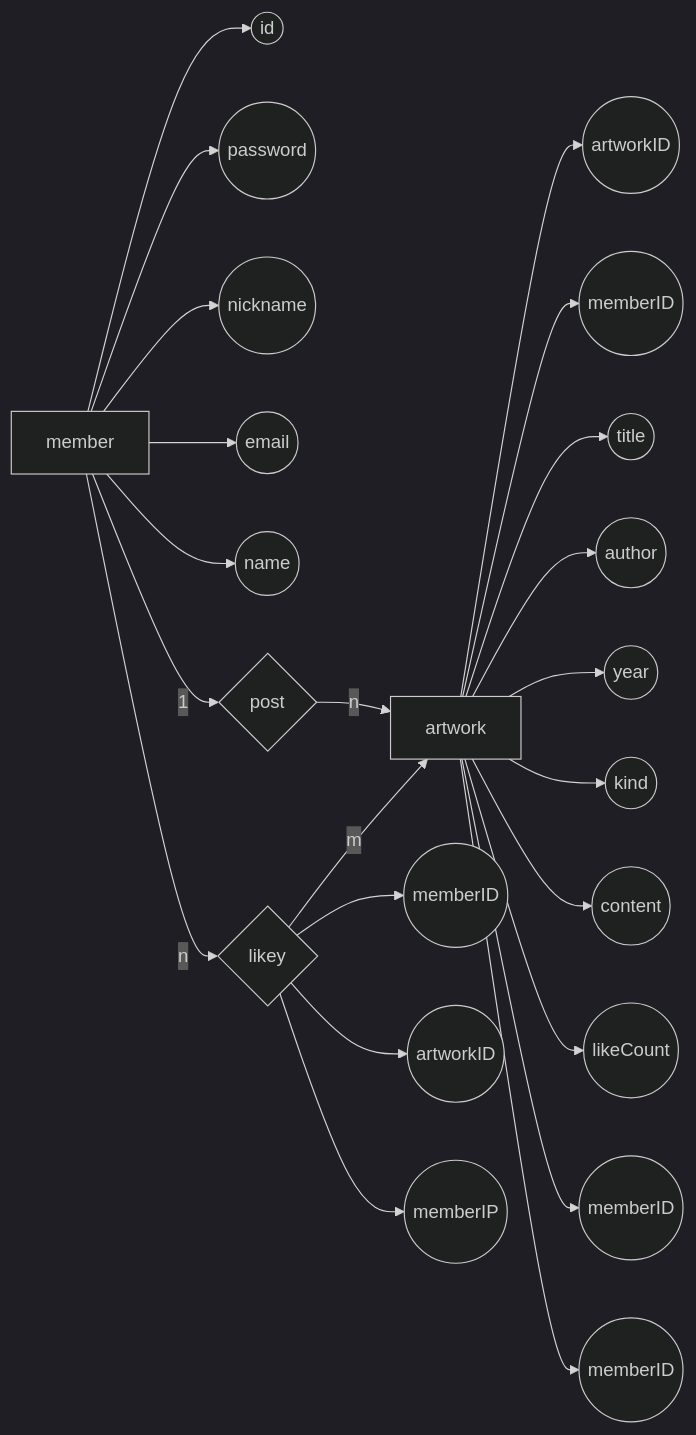
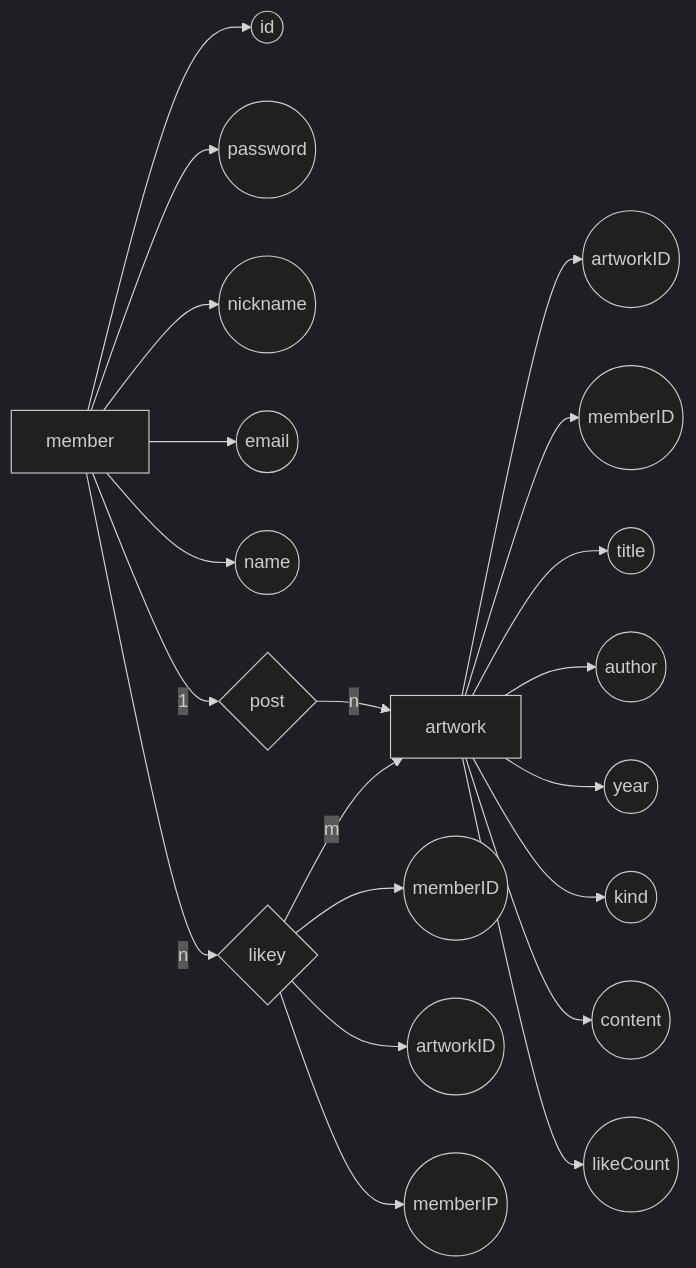
Before and after one commit to ydj1215/2022DataBaseProject: the diagram in README.md, drawn with Mermaid (dark theme). The commit also changed other lines of this file, not shown here.

````diff
--- a/README.md
+++ b/README.md
@@ -40,34 +51,32 @@
 ```mermaid
 graph LR
+
+L[member]
+  L --> M((id))
+  L --> N((password))
+  L --> O((nickname))
+  L --> P((email))
+  L --> Q((name))
+  L --> |1|z
+  L --> |n|a
+
 A[artwork]
    A --> B((artworkID))
    A --> C((memberID))
    A --> D((title))
    A --> E((author))
    A --> F((year))
    A --> G((kind))
    A --> H((content))
    A --> I((likeCount))
-   A --> J((memberID))
-   A --> K((memberID))
-   
-L[member]
-  L --> M((id))
-  L --> N((password))
-  L --> O((nickname))
-  L --> P((email))
-  L --> Q((name))
-  L --> |1|z
-  L --> |n|a
-
   
 a{likey}
   a --> b((memberID))
   a --> c((artworkID))
   a --> d((memberIP))
   a --> |m|A
   
 z{post}
   z --> |n|A
 
 ```
````
